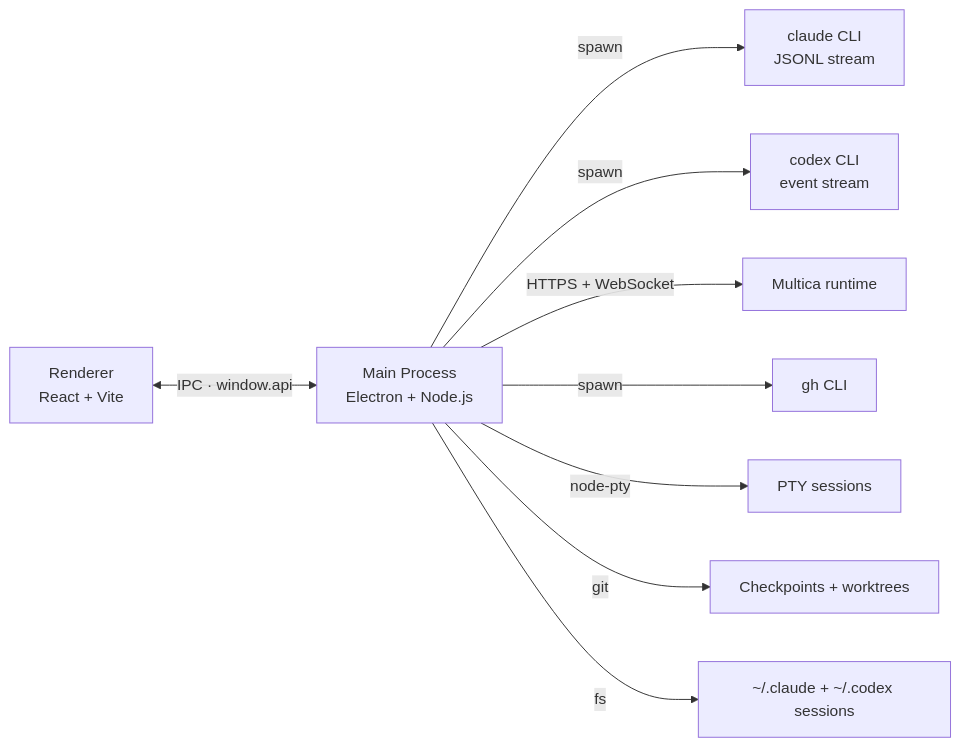
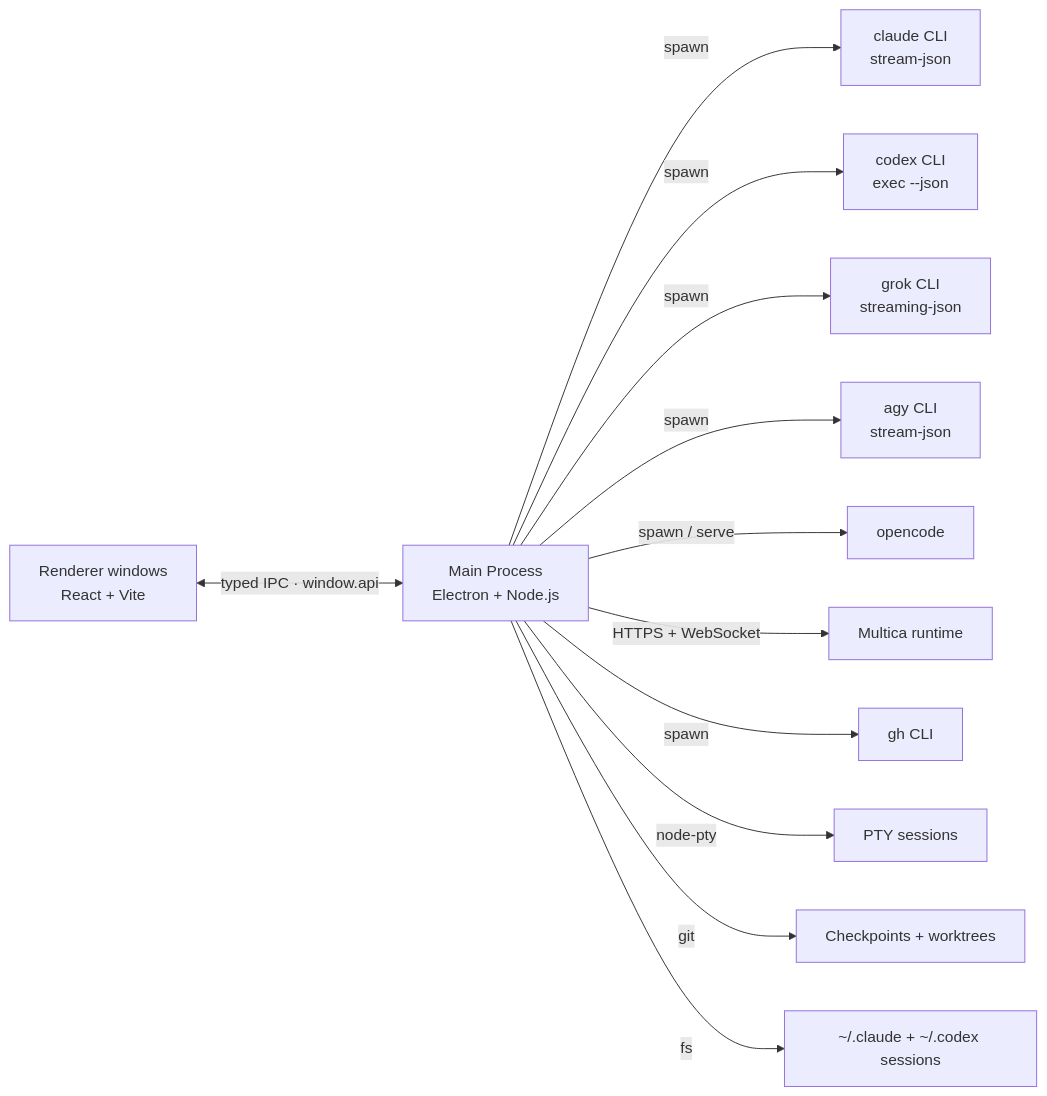
Before and after one commit to EnSue-Laboratories/RAYLINE: the diagram in README.md, drawn with Mermaid. The commit also changed other lines of this file and 3 other files, not shown here.

First line of the commit message:
docs: architecture, README and refactor summary for the TypeScript codebase

````diff
--- a/README.md
+++ b/README.md
@@ -89,11 +117,14 @@
 ```mermaid
 flowchart LR
-  R["Renderer<br/>React + Vite"] <-- "IPC · window.api" --> M["Main Process<br/>Electron + Node.js"]
-  M -- "spawn" --> C["claude CLI<br/>JSONL stream"]
-  M -- "spawn" --> X["codex CLI<br/>event stream"]
+  R["Renderer windows<br/>React + Vite"] <-- "typed IPC · window.api" --> M["Main Process<br/>Electron + Node.js"]
+  M -- "spawn" --> C["claude CLI<br/>stream-json"]
+  M -- "spawn" --> X["codex CLI<br/>exec --json"]
+  M -- "spawn" --> GR["grok CLI<br/>streaming-json"]
+  M -- "spawn" --> A["agy CLI<br/>stream-json"]
+  M -- "spawn / serve" --> O["opencode"]
   M -- "HTTPS + WebSocket" --> U["Multica runtime"]
   M -- "spawn" --> G["gh CLI"]
   M -- "node-pty" --> T["PTY sessions"]
   M -- "git" --> K["Checkpoints + worktrees"]
   M -- "fs" --> S["~/.claude + ~/.codex sessions"]
 ```
````
